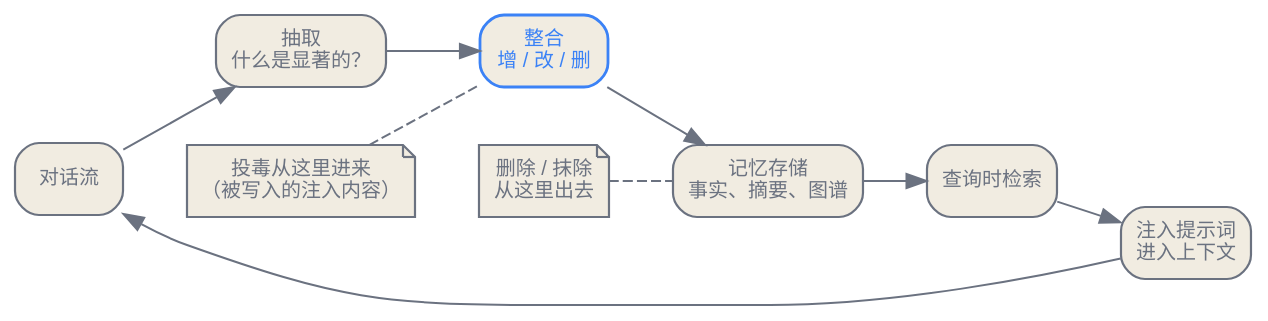
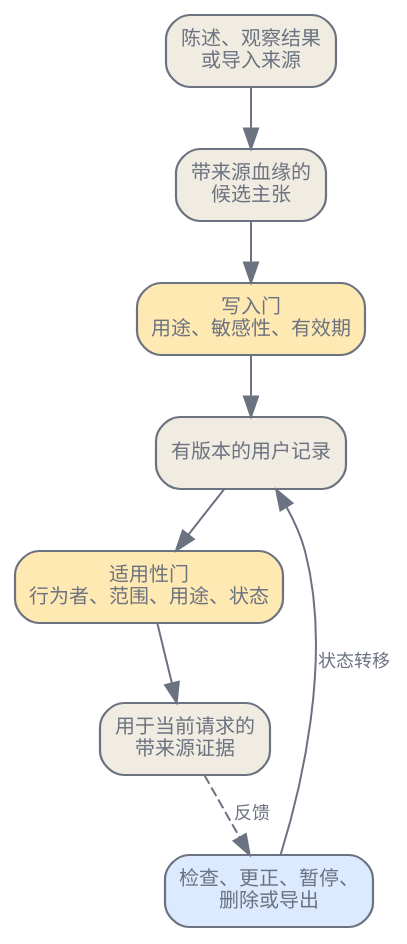
The diagram in zh/orchestration/04-personalization-memory.qmd (latere-ai/ai-as-an-infrastructure), drawn with Graphviz before and after one commit. The commit also changed other lines of this file and 1 other file, not shown here.

````diff
--- a/zh/orchestration/04-personalization-memory.qmd
+++ b/zh/orchestration/04-personalization-memory.qmd
@@ -20,25 +81,24 @@
 ```{dot}
 //| label: fig-personalization-memory-loop
-//| fig-cap: "用户记忆循环。抽取与整合决定什么被写入，检索决定什么会回来；两条批注标出设计的风险所在：投毒从写入路径进来，被遗忘权的义务从存储处出去。"
-digraph memloop {
-  bgcolor="transparent";
-  rankdir=LR;
-  nodesep=0.4; ranksep=0.45;
-  node [shape=box, style="rounded,filled", fontname="Helvetica", fontsize=10, color="#6b7280", fontcolor="#6b7280", fillcolor="#f1ece1", penwidth=1.1];
-  edge [fontsize=9, fontname="Helvetica", color="#6b7280", fontcolor="#6b7280"];
+//| fig-cap: “个性化分别决定记录能否进入系统，以及能否用于当前请求。用户控制会改变记录及其派生血缘的状态。”
+digraph {
+    bgcolor="transparent";
+    rankdir=TB;
+    size="3.2,8.0";
+    nodesep=0.32; ranksep=0.40;
+    node [shape=box, style="rounded,filled", fontname="Helvetica", fontsize=10, color="#6b7280", fontcolor="#6b7280", fillcolor="#f1ece1", penwidth=1.1];
+    edge [fontsize=9, fontname="Helvetica", color="#6b7280", fontcolor="#6b7280"];
 
-  conv  [label="对话流"];
-  ext   [label="抽取\n什么是显著的？"];
-  cons  [label="整合\n增 / 改 / 删", color="#3b82f6", fontcolor="#3b82f6", penwidth=1.4];
-  store [label="记忆存储\n事实、摘要、图谱"];
-  ret   [label="查询时检索"];
-  inj   [label="注入提示词\n进入上下文"];
+    S [label="陈述、观察结果\n或导入来源"];
+    C [label="带来源血缘的\n候选主张"];
+    W [label="写入门\n用途、敏感性、有效期", fillcolor="#ffe9b3"];
+    M [label="有版本的用户记录"];
+    A [label="适用性门\n行为者、范围、用途、状态", fillcolor="#ffe9b3"];
+    R [label="用于当前请求的\n带来源证据"];
+    U [label="检查、更正、暂停、\n删除或导出", fillcolor="#dbeafe"];
 
-  conv -> ext -> cons -> store -> ret -> inj -> conv;
-
-  poison [label="投毒从这里进来\n（被写入的注入内容）", shape=note];
-  erase  [label="删除 / 抹除\n从这里出去", shape=note];
-  poison -> cons [style=dashed, dir=none];
-  erase -> store [style=dashed, dir=none];
+    S -> C -> W -> M -> A -> R;
+    U -> M [label="状态转移"];
+    R -> U [label="反馈", style=dashed];
 }
 ```
````
